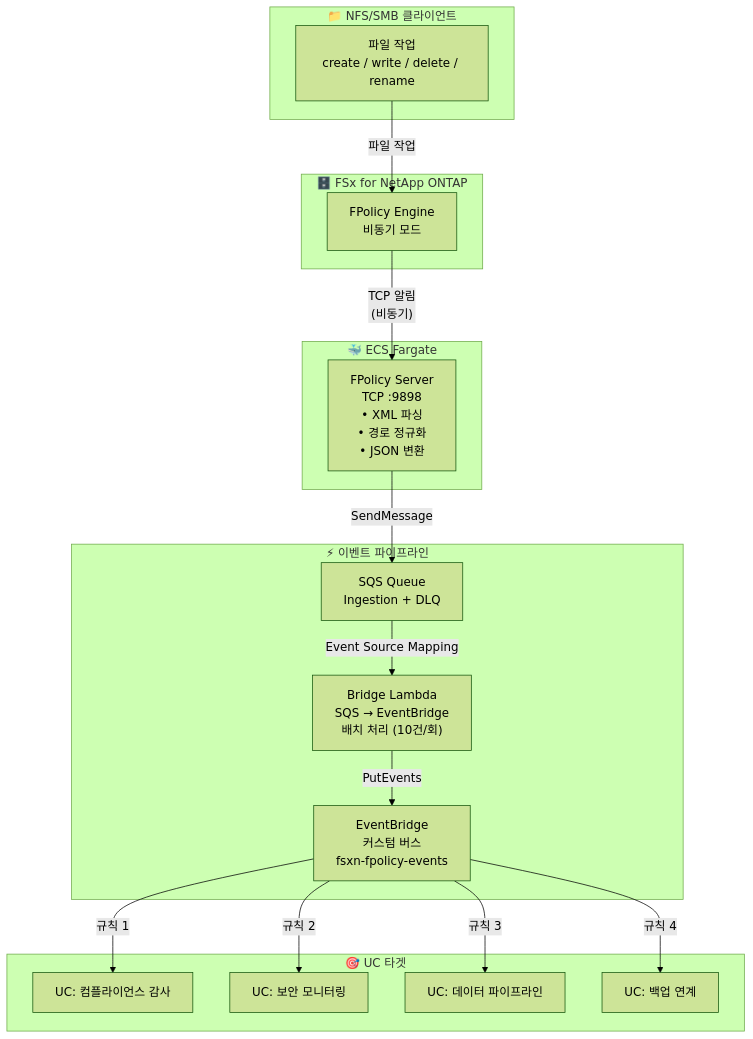
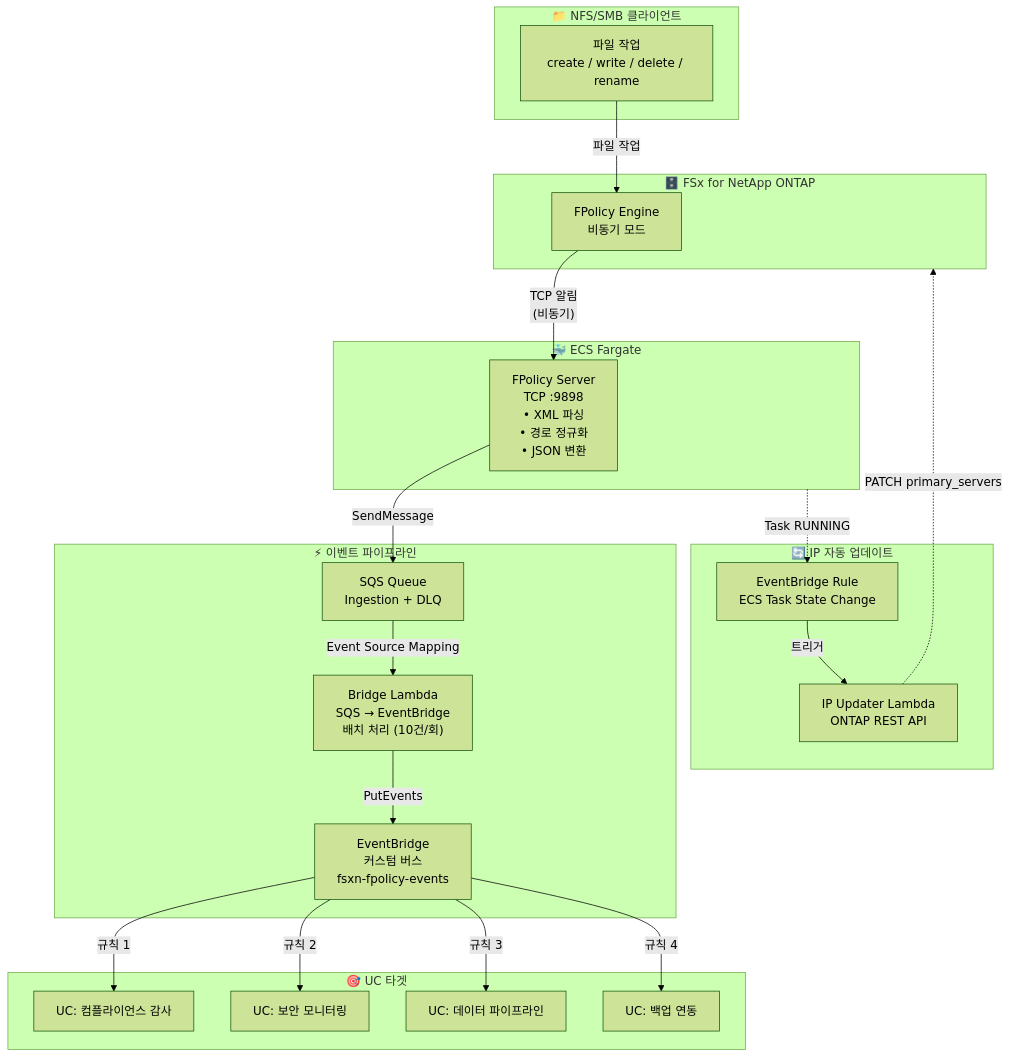
Before and after one commit to Yoshiki0705/FSx-for-ONTAP-S3AccessPoints-Serverless-Patterns: the diagram in event-driven-fpolicy/docs/architecture.ko.md, drawn with Mermaid (forest theme). The commit also changed other lines of this file and 13 other files, not shown here.

First line of the commit message:
fix: docs/architecture + demo-guide 全8言語を同一内容に統一

````diff
--- a/event-driven-fpolicy/docs/architecture.ko.md
+++ b/event-driven-fpolicy/docs/architecture.ko.md
@@ -7,37 +7,46 @@
 ```mermaid
 flowchart TB
     subgraph CLIENT["📁 NFS/SMB 클라이언트"]
         NFS["파일 작업<br/>create / write / delete / rename"]
     end
 
     subgraph ONTAP["🗄️ FSx for NetApp ONTAP"]
         FPOLICY["FPolicy Engine<br/>비동기 모드"]
     end
 
     subgraph FARGATE["🐳 ECS Fargate"]
         SERVER["FPolicy Server<br/>TCP :9898<br/>• XML 파싱<br/>• 경로 정규화<br/>• JSON 변환"]
     end
 
     subgraph PIPELINE["⚡ 이벤트 파이프라인"]
         SQS["SQS Queue<br/>Ingestion + DLQ"]
         BRIDGE["Bridge Lambda<br/>SQS → EventBridge<br/>배치 처리 (10건/회)"]
         EB["EventBridge<br/>커스텀 버스<br/>fsxn-fpolicy-events"]
     end
 
     subgraph TARGETS["🎯 UC 타겟"]
         UC1["UC: 컴플라이언스 감사"]
         UC2["UC: 보안 모니터링"]
         UC3["UC: 데이터 파이프라인"]
-        UC4["UC: 백업 연계"]
+        UC4["UC: 백업 연동"]
+    end
+
+    subgraph UPDATER["🔄 IP 자동 업데이트"]
+        RULE["EventBridge Rule<br/>ECS Task State Change"]
+        LAMBDA["IP Updater Lambda<br/>ONTAP REST API"]
     end
 
     NFS -->|"파일 작업"| FPOLICY
     FPOLICY -->|"TCP 알림<br/>(비동기)"| SERVER
     SERVER -->|"SendMessage"| SQS
     SQS -->|"Event Source Mapping"| BRIDGE
     BRIDGE -->|"PutEvents"| EB
     EB -->|"규칙 1"| UC1
     EB -->|"규칙 2"| UC2
     EB -->|"규칙 3"| UC3
     EB -->|"규칙 4"| UC4
+
+    FARGATE -.->|"Task RUNNING"| RULE
+    RULE -->|"트리거"| LAMBDA
+    LAMBDA -.->|"PATCH primary_servers"| ONTAP
 ```
````
